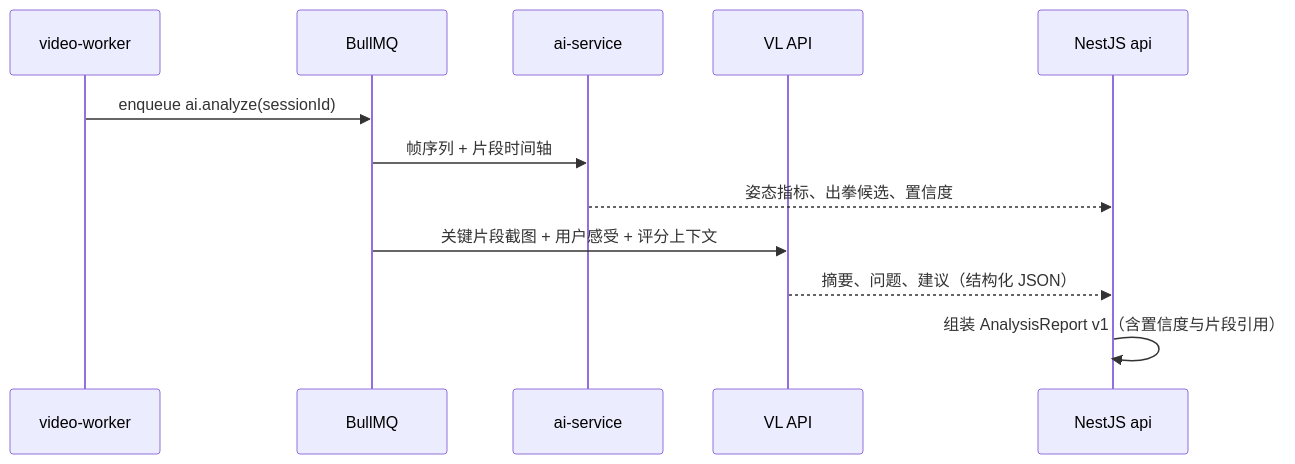
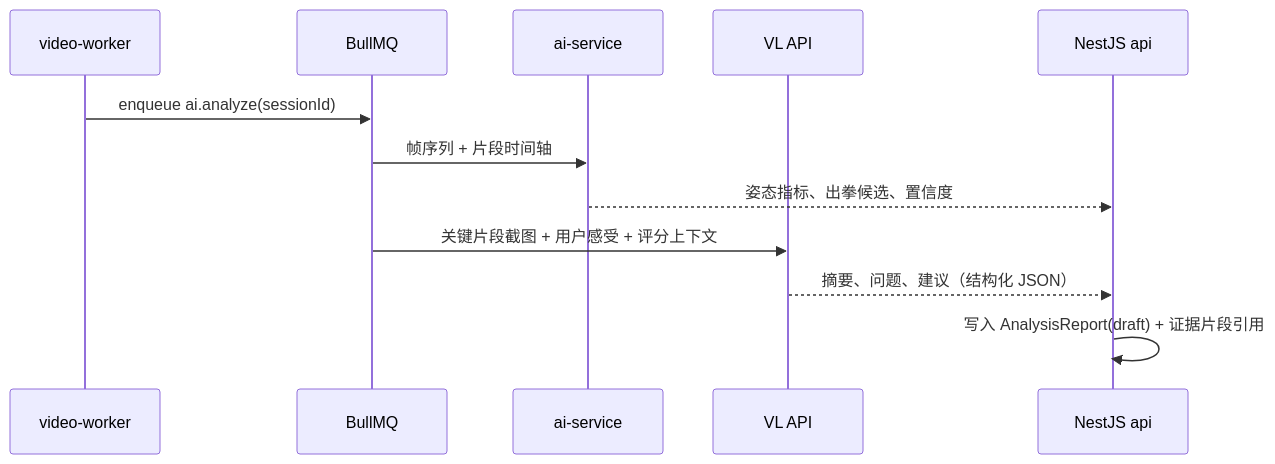
One commit to chao-chao-bot/CornerMan changed the second of 3 diagrams in docs/tech-design.md. Above: the diagram before and after it, drawn with Mermaid. The commit also changed other lines of this file and 11 other files, not shown here.

````diff
--- a/docs/tech-design.md
+++ b/docs/tech-design.md
@@ -108,14 +117,14 @@
 ```mermaid
 sequenceDiagram
   participant W as video-worker
   participant Q as BullMQ
   participant AI as ai-service
   participant LLM as VL API
   participant API as NestJS api
   W->>Q: enqueue ai.analyze(sessionId)
   Q->>AI: 帧序列 + 片段时间轴
   AI-->>API: 姿态指标、出拳候选、置信度
   Q->>LLM: 关键片段截图 + 用户感受 + 评分上下文
   LLM-->>API: 摘要、问题、建议（结构化 JSON）
-  API->>API: 组装 AnalysisReport v1（含置信度与片段引用）
+  API->>API: 写入 AnalysisReport(draft) + 证据片段引用
 ```
````
